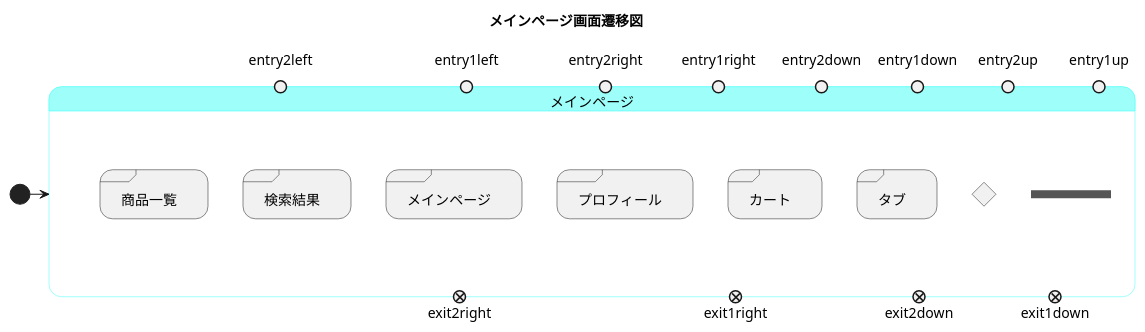
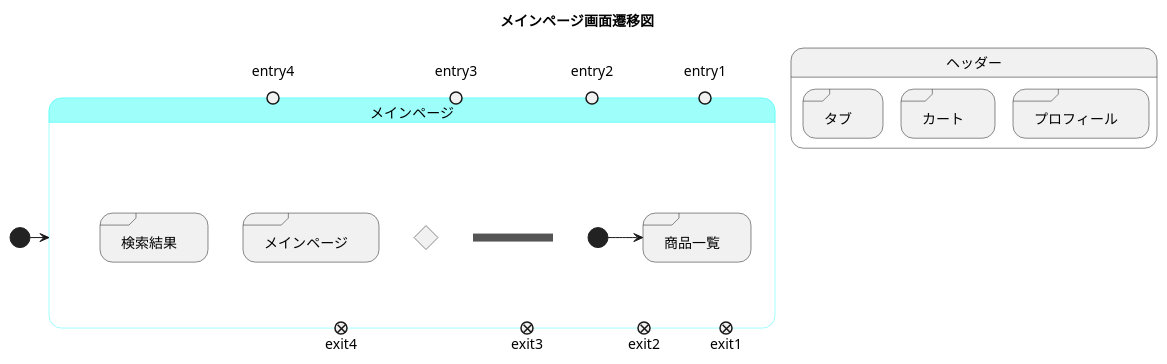
One commit to akutori/T-D-E changed the diagram in メインページ.md. Above: the diagram before and after it, drawn with PlantUML.

Commit message:
ヘッダーの要素を変更

````diff
--- a/メインページ.md
+++ b/メインページ.md
@@ -1,40 +1,38 @@
 ```uml
 @startuml
 title メインページ画面遷移図
 
 [*]->メインページ
 state メインページ<<mainpage>>{
     state join_header <<join>>
-    state ifinput <<choice>>
-    state "タブ" as tab <<sdlreceive>>
-    state "カート" as cart <<sdlreceive>>
-    state "プロフィール" as profile <<sdlreceive>>
+    state ifinputmain <<choice>>
+
     state "メインページ" as mainpage <<sdlreceive>>
     state "検索結果" as serch <<sdlreceive>>
     state "商品一覧" as goods<<sdlreceive>>
 
-    state entry1up <<entryPoint>>
-    state entry2up <<entryPoint>>
+    state entry1<<entryPoint>>
+    state entry2<<entryPoint>>
+    state entry3<<entryPoint>>
+    state entry4<<entryPoint>>
 
-    state entry1down <<entryPoint>>
-    state entry2down <<entryPoint>>
+    state exit1<<exitPoint>>
+    state exit2<<exitPoint>>
+    state exit3<<exitPoint>>
+    state exit4<<exitPoint>>
 
-    state exit1down <<exitPoint>>
-    state exit2down <<exitPoint>>
+[*]->goods
 
-    state entry1right <<entryPoint>>
-    state entry2right <<entryPoint>>
+}
 
-    state exit1right <<exitPoint>>
-    state exit2right <<exitPoint>>
-
-    state entry1left <<entryPoint>>
-    state entry2left <<entryPoint>>
-
+state ヘッダー{
+    state "タブ" as tab <<sdlreceive>>
+    state "カート" as cart <<sdlreceive>>
+    state "プロフィール" as profile <<sdlreceive>>
 
 }
 skinparam stateBorderColor<<mainpage>> #40fff5
 state メインページ #9efffa
 
 @enduml
 ```
````
